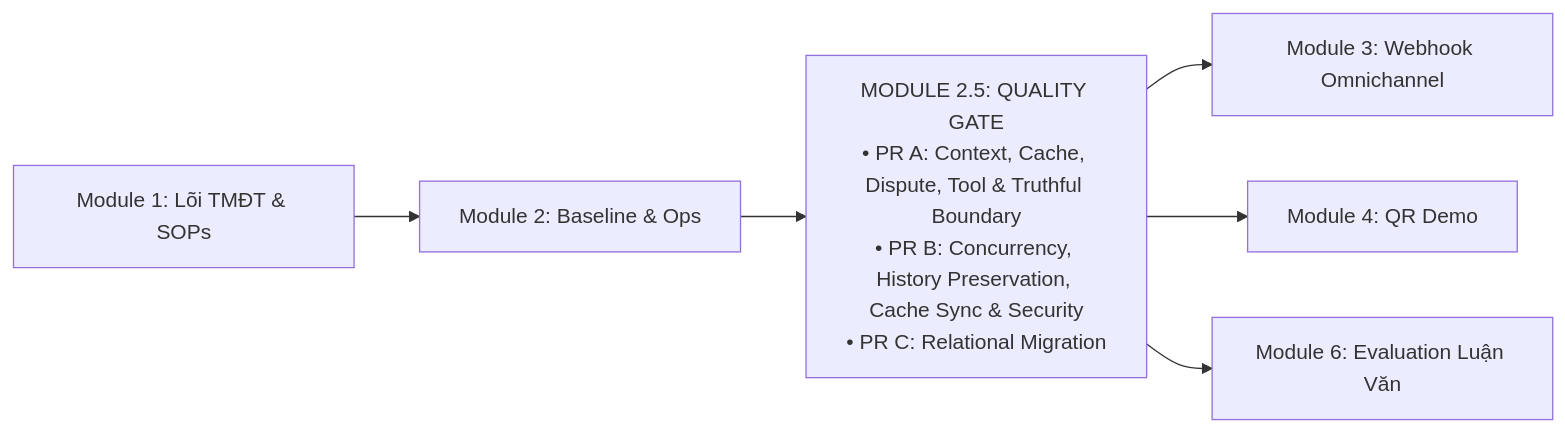
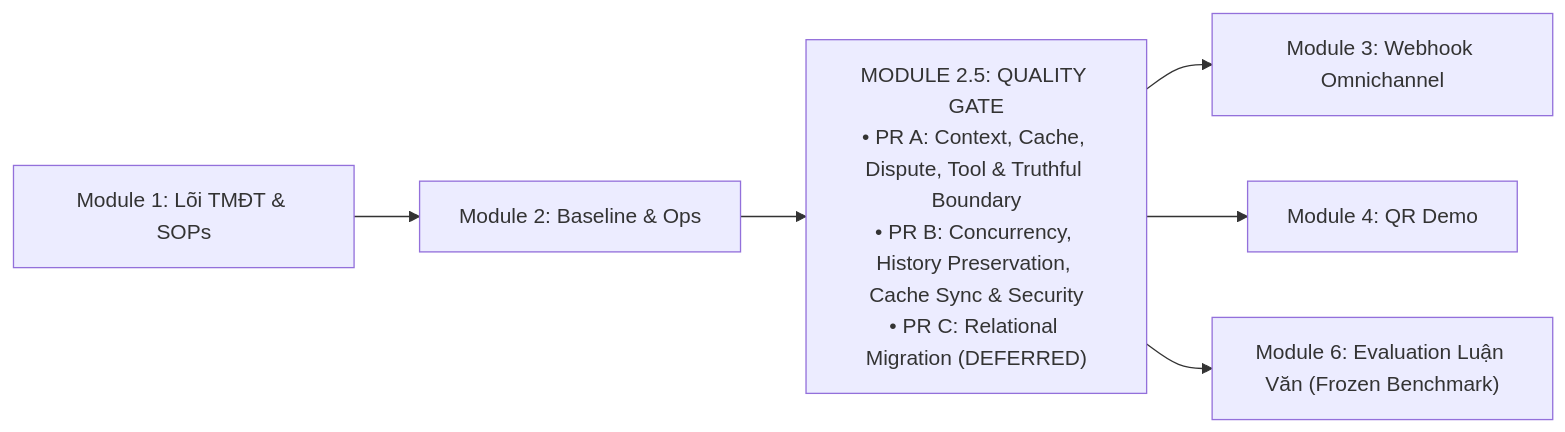
Before and after one commit to tuteemovaixlong/CSKH_ban_le: the diagram in docs/PLAN_MODULE_2_5_HARDENING_VERIFICATION.md, drawn with Mermaid. The commit also changed other lines of this file and 5 other files, not shown here.

Commit message:
docs: align Module 2.5 plans with GPT 6 review (cache policy, race invalidation, RBAC matrix, frozen benchmark)

````diff
--- a/docs/PLAN_MODULE_2_5_HARDENING_VERIFICATION.md
+++ b/docs/PLAN_MODULE_2_5_HARDENING_VERIFICATION.md
@@ -25,8 +24,8 @@
 ```mermaid
 flowchart LR
     M1["Module 1: Lõi TMĐT & SOPs"] --> M2["Module 2: Baseline & Ops"]
-    M2 --> M25["MODULE 2.5: QUALITY GATE<br/>• PR A: Context, Cache, Dispute, Tool & Truthful Boundary<br/>• PR B: Concurrency, History Preservation, Cache Sync & Security<br/>• PR C: Relational Migration"]
+    M2 --> M25["MODULE 2.5: QUALITY GATE<br/>• PR A: Context, Cache, Dispute, Tool & Truthful Boundary<br/>• PR B: Concurrency, History Preservation, Cache Sync & Security<br/>• PR C: Relational Migration (DEFERRED)"]
     M25 --> M3["Module 3: Webhook Omnichannel"]
     M25 --> M4["Module 4: QR Demo"]
-    M25 --> M6["Module 6: Evaluation Luận Văn"]
+    M25 --> M6["Module 6: Evaluation Luận Văn (Frozen Benchmark)"]
 ```
````
